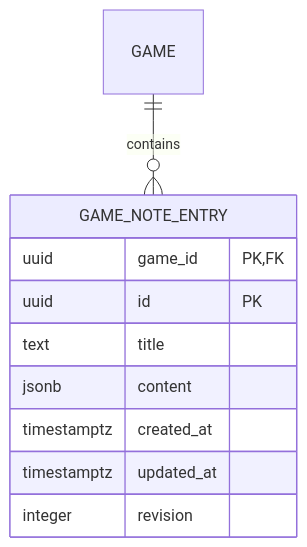
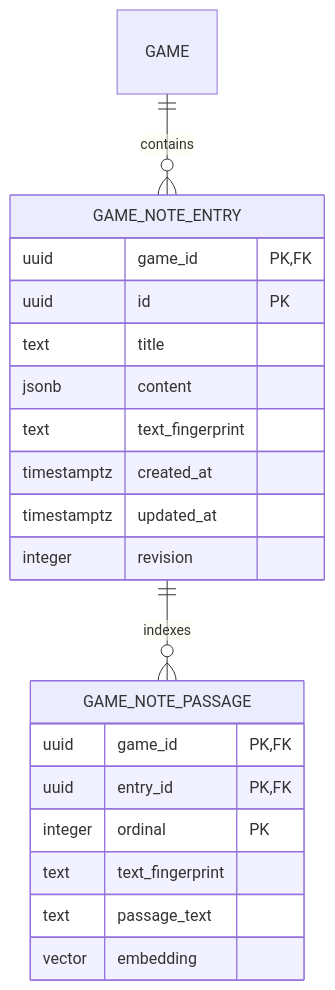
One commit to Mighty683/rpg-engine changed the second of 5 diagrams in docs/tasks/game-notes/tech.md. Above: the diagram before and after it, drawn with Mermaid. The commit also changed other lines of this file and 3 other files, not shown here.

````diff
--- a/docs/tasks/game-notes/tech.md
+++ b/docs/tasks/game-notes/tech.md
@@ -14,13 +35,23 @@
 ```mermaid
 erDiagram
   GAME ||--o{ GAME_NOTE_ENTRY : contains
+  GAME_NOTE_ENTRY ||--o{ GAME_NOTE_PASSAGE : indexes
   GAME_NOTE_ENTRY {
     uuid game_id PK,FK
     uuid id PK
     text title
     jsonb content
+    text text_fingerprint
     timestamptz created_at
     timestamptz updated_at
     integer revision
   }
+  GAME_NOTE_PASSAGE {
+    uuid game_id PK,FK
+    uuid entry_id PK,FK
+    integer ordinal PK
+    text text_fingerprint
+    text passage_text
+    vector embedding
+  }
 ```
````
